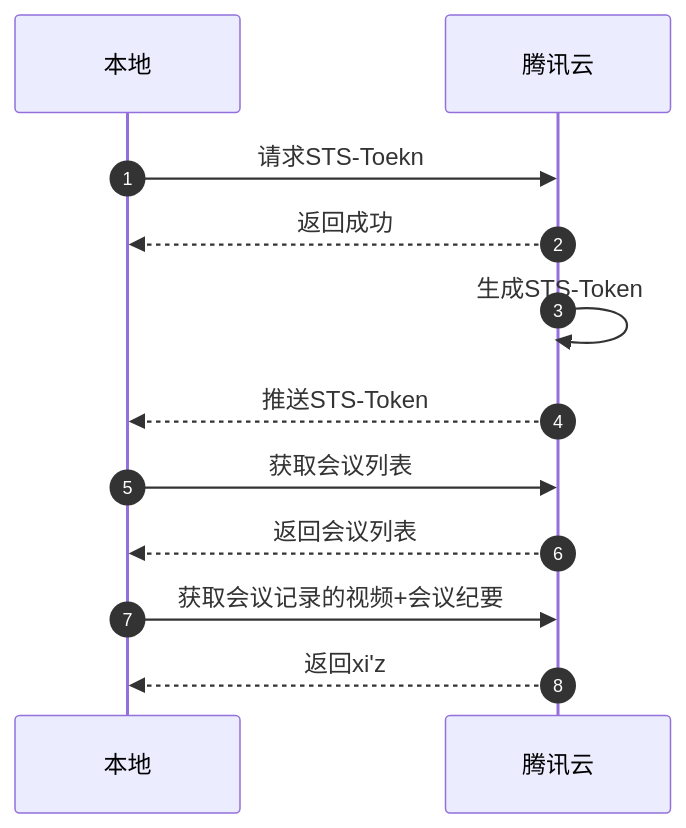
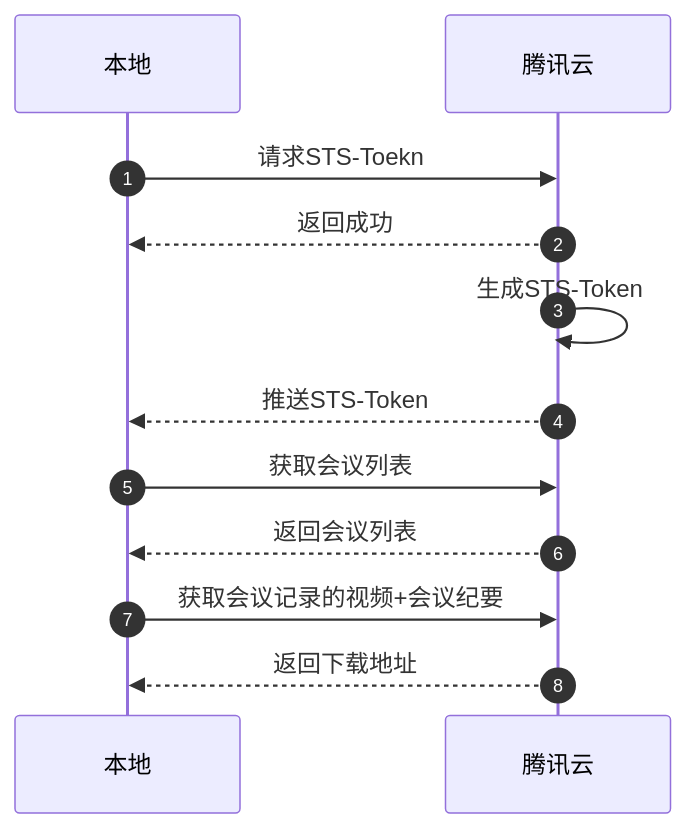
One commit to HY-10-8/iodraw-files changed the diagram in all/未命名-5.md. Above: the diagram before and after it, drawn with Mermaid.

Commit message:
2026-04-24 10:27:41 update

````diff
--- a/all/未命名-5.md
+++ b/all/未命名-5.md
@@ -1,17 +1,17 @@
 ```mermaid
 sequenceDiagram
     autonumber
 
     participant 本地 
     participant 腾讯云
     
     本地->>腾讯云: 请求STS-Toekn
     腾讯云-->>本地: 返回成功
     腾讯云->>腾讯云: 生成STS-Token
     腾讯云-->>本地: 推送STS-Token
     本地->>腾讯云: 获取会议列表
     腾讯云-->>本地: 返回会议列表
     本地->>腾讯云: 获取会议记录的视频+会议纪要
-    腾讯云-->>本地: 返回xi'z
+    腾讯云-->>本地: 返回下载地址
 
 ```
````
